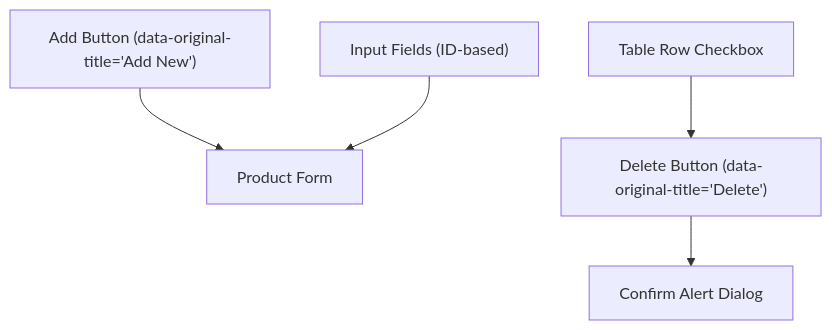
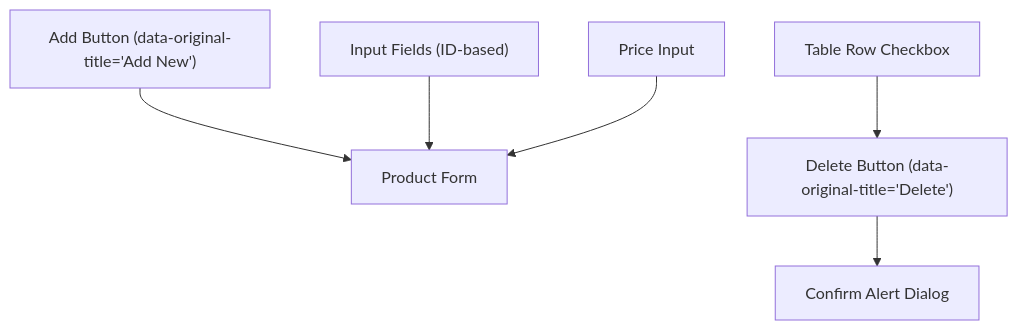
Before and after one commit to Tanuuu1147/selenium-homework: the first of 3 diagrams in .qoder/repowiki/en/content/Admin Testing/Admin Product Management.md, drawn with Mermaid. The commit also changed other lines of this file and 890 other files, not shown here.

````diff
--- a/.qoder/repowiki/en/content/Admin Testing/Admin Product Management.md
+++ b/.qoder/repowiki/en/content/Admin Testing/Admin Product Management.md
@@ -65,7 +78,8 @@
 ```mermaid
 flowchart TD
 A["Add Button (data-original-title='Add New')"] --> B["Product Form"]
 C["Delete Button (data-original-title='Delete')"] --> D["Confirm Alert Dialog"]
 E["Table Row Checkbox"] --> C
 F["Input Fields (ID-based)"] --> B
+G["Price Input"] --> B
 ```
````
